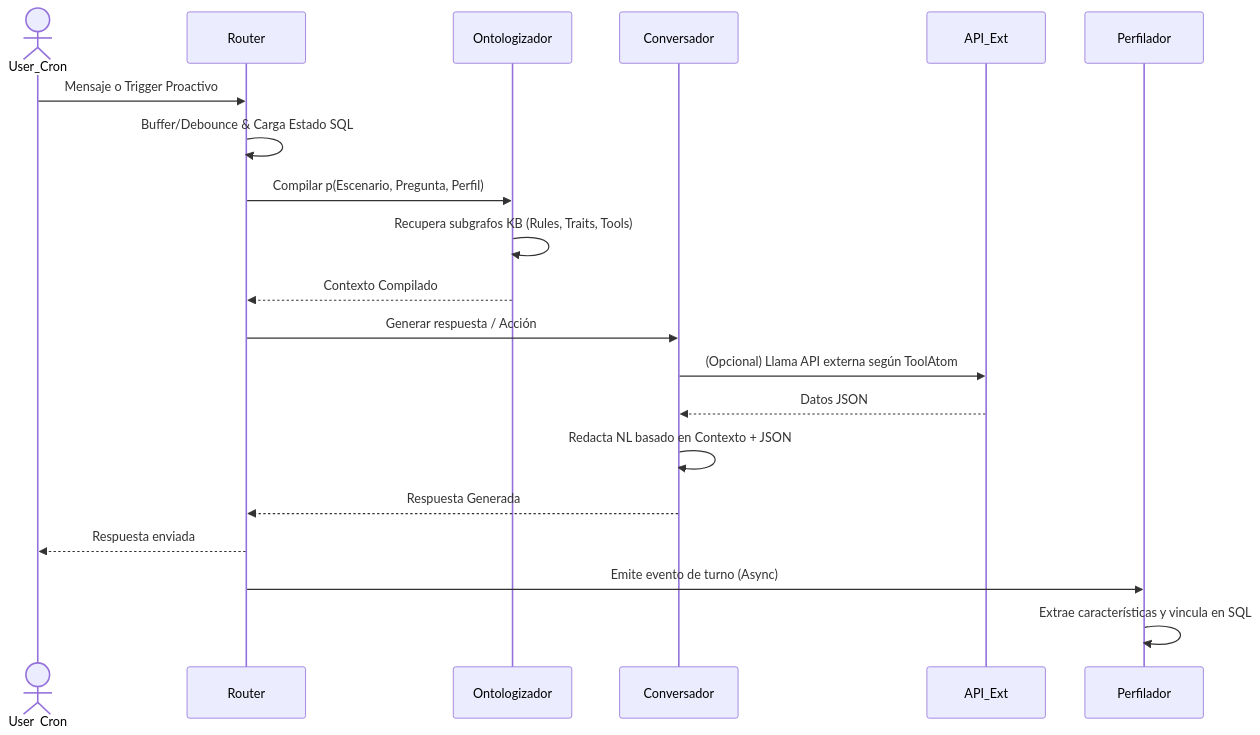
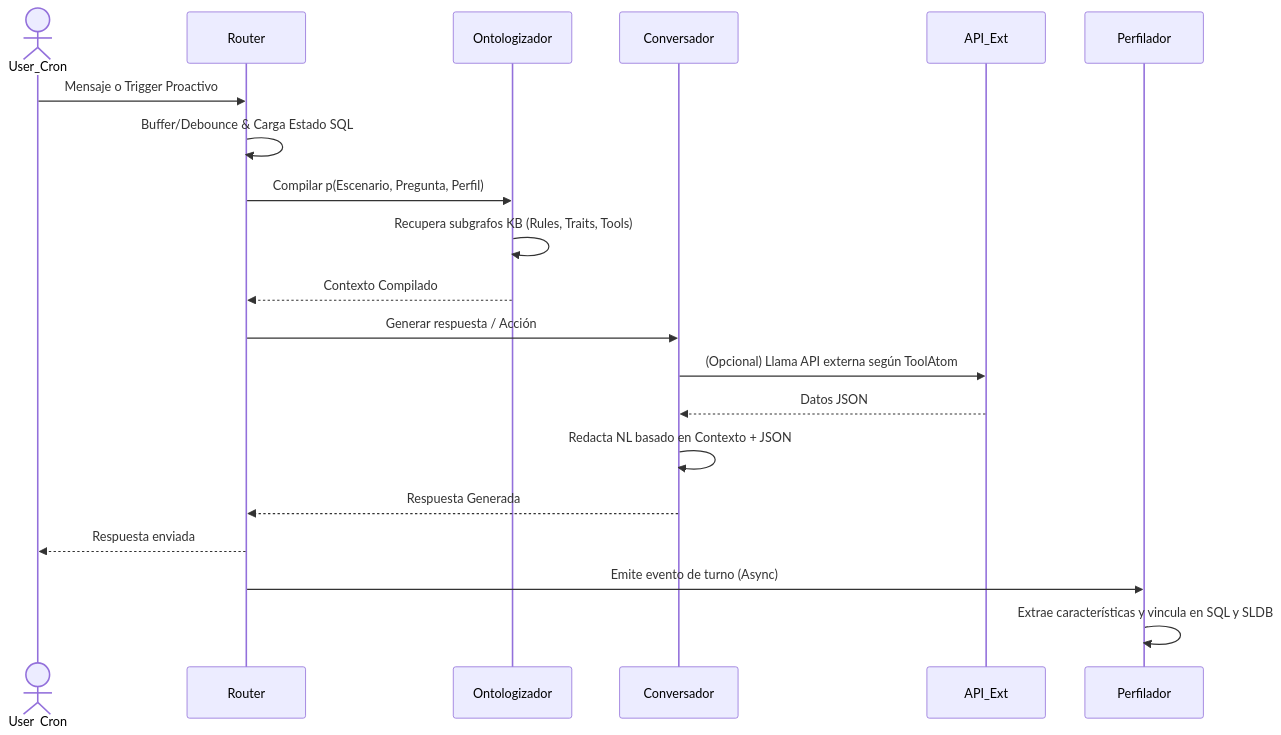
The diagram in desk/spec2viz/build/sequence.extended-turn.mmd (jpcosec/conversational-agent-arch), drawn with Mermaid before and after one commit. The commit also changed 7 other files, not shown here.

Commit message:
refactor: apply second batch of architectural feedback from exported comments

```diff
--- a/desk/spec2viz/build/sequence.extended-turn.mmd
+++ b/desk/spec2viz/build/sequence.extended-turn.mmd
@@ -1,20 +1,20 @@
 sequenceDiagram
     actor User_Cron
     participant Router
     participant Ontologizador
     participant Conversador
     participant API_Ext
     participant Perfilador
     User_Cron->>Router: Mensaje o Trigger Proactivo
     Router->>Router: Buffer/Debounce #amp; Carga Estado SQL
     Router->>Ontologizador: Compilar p(Escenario, Pregunta, Perfil)
     Ontologizador->>Ontologizador: Recupera subgrafos KB (Rules, Traits, Tools)
     Ontologizador-->>Router: Contexto Compilado
     Router->>Conversador: Generar respuesta / Acción
     Conversador->>API_Ext: (Opcional) Llama API externa según ToolAtom
     API_Ext-->>Conversador: Datos JSON
     Conversador->>Conversador: Redacta NL basado en Contexto + JSON
     Conversador-->>Router: Respuesta Generada
     Router-->>User_Cron: Respuesta enviada
     Router->>Perfilador: Emite evento de turno (Async)
-    Perfilador->>Perfilador: Extrae características y vincula en SQL
+    Perfilador->>Perfilador: Extrae características y vincula en SQL y SLDB
```
